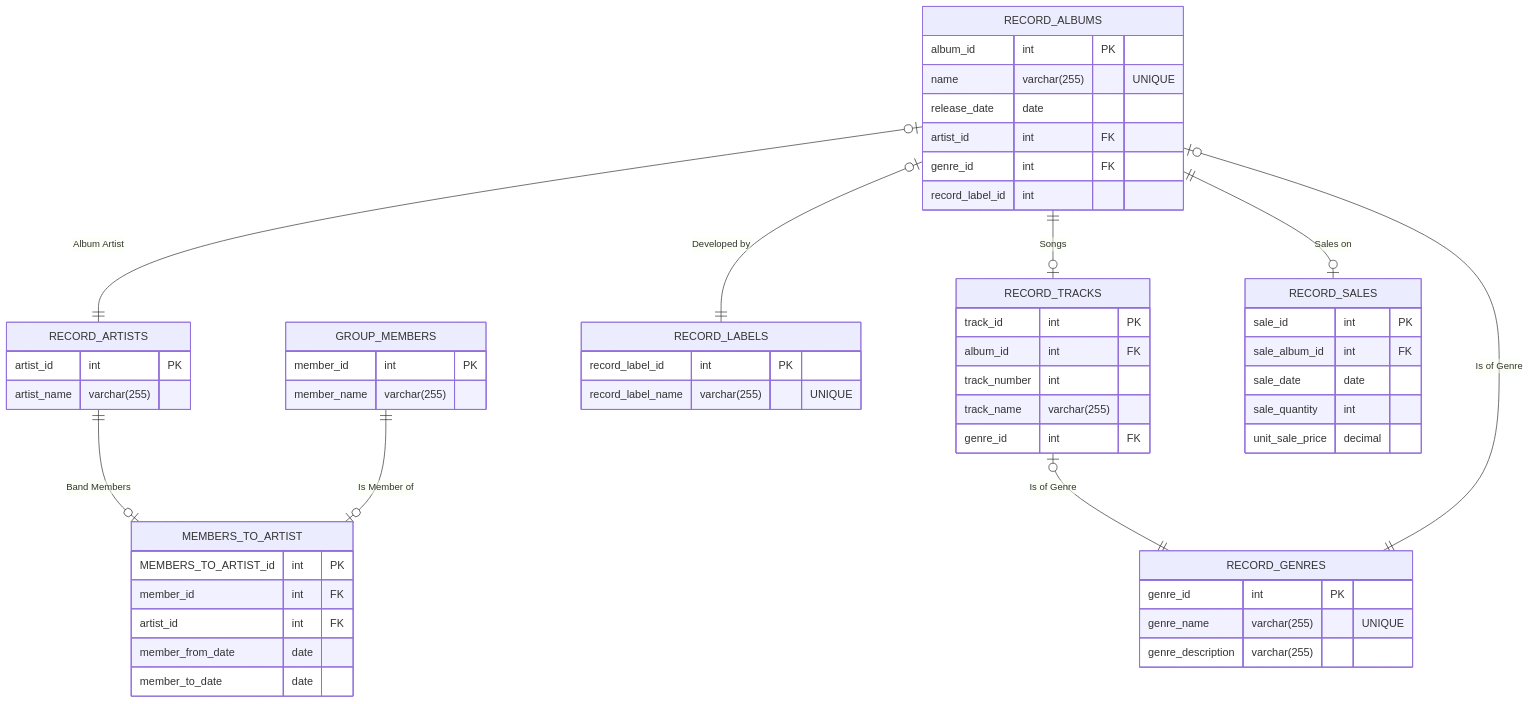
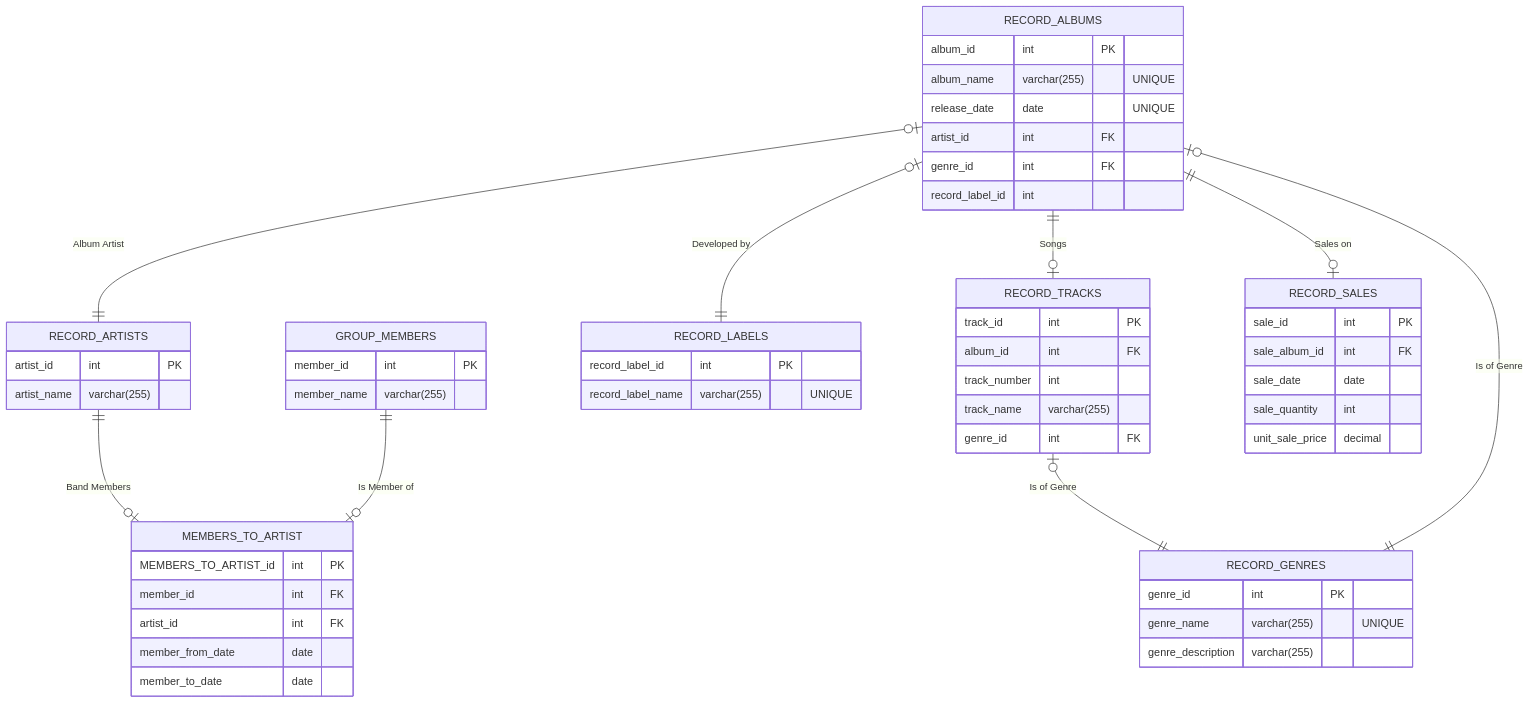
Before and after one commit to nmaiorana/CS-GY_6083_principles_of_database_systems: the diagram in readme.md, drawn with Mermaid. The commit also changed 14 other files, not shown here.

````diff
--- a/readme.md
+++ b/readme.md
@@ -19,64 +19,64 @@
 ```mermaid
 erDiagram
     RECORD_ALBUMS |o--|| RECORD_ARTISTS : "Album Artist"
     RECORD_ALBUMS ||--o| RECORD_TRACKS : "Songs"
 
     RECORD_TRACKS |o--|| RECORD_GENRES : "Is of Genre"
     RECORD_ALBUMS |o--|| RECORD_GENRES : "Is of Genre"
     RECORD_ALBUMS |o--|| RECORD_LABELS : "Developed by"
 
 
     RECORD_ARTISTS ||--o| MEMBERS_TO_ARTIST : "Band Members"
     GROUP_MEMBERS ||--o| MEMBERS_TO_ARTIST : "Is Member of"
     RECORD_ALBUMS ||--o| RECORD_SALES : "Sales on"
 
     RECORD_ARTISTS {
         artist_id int PK
         artist_name varchar(255)
     }
     GROUP_MEMBERS {
         member_id int PK
         member_name varchar(255)
     }
     MEMBERS_TO_ARTIST {
         MEMBERS_TO_ARTIST_id int PK
         member_id int FK
         artist_id int FK
         member_from_date date
         member_to_date date
     }
     RECORD_TRACKS {
         track_id int PK
         album_id int FK
         track_number int
         track_name varchar(255)
         genre_id int FK
     }
     RECORD_GENRES {
         genre_id int PK
         genre_name varchar(255) "UNIQUE"
         genre_description varchar(255)
     }
     RECORD_LABELS {
         record_label_id int PK
         record_label_name varchar(255) "UNIQUE"
     }
     RECORD_ALBUMS {
         album_id int PK
-        name varchar(255) "UNIQUE"
-        release_date date
+        album_name varchar(255) "UNIQUE"
+        release_date date "UNIQUE"
         artist_id int FK
         genre_id int FK
         record_label_id int
     }
     RECORD_SALES {
         sale_id int PK
         sale_album_id int FK
         sale_date date
         sale_quantity int
         unit_sale_price decimal
     }
 
 
     
 ```
````
